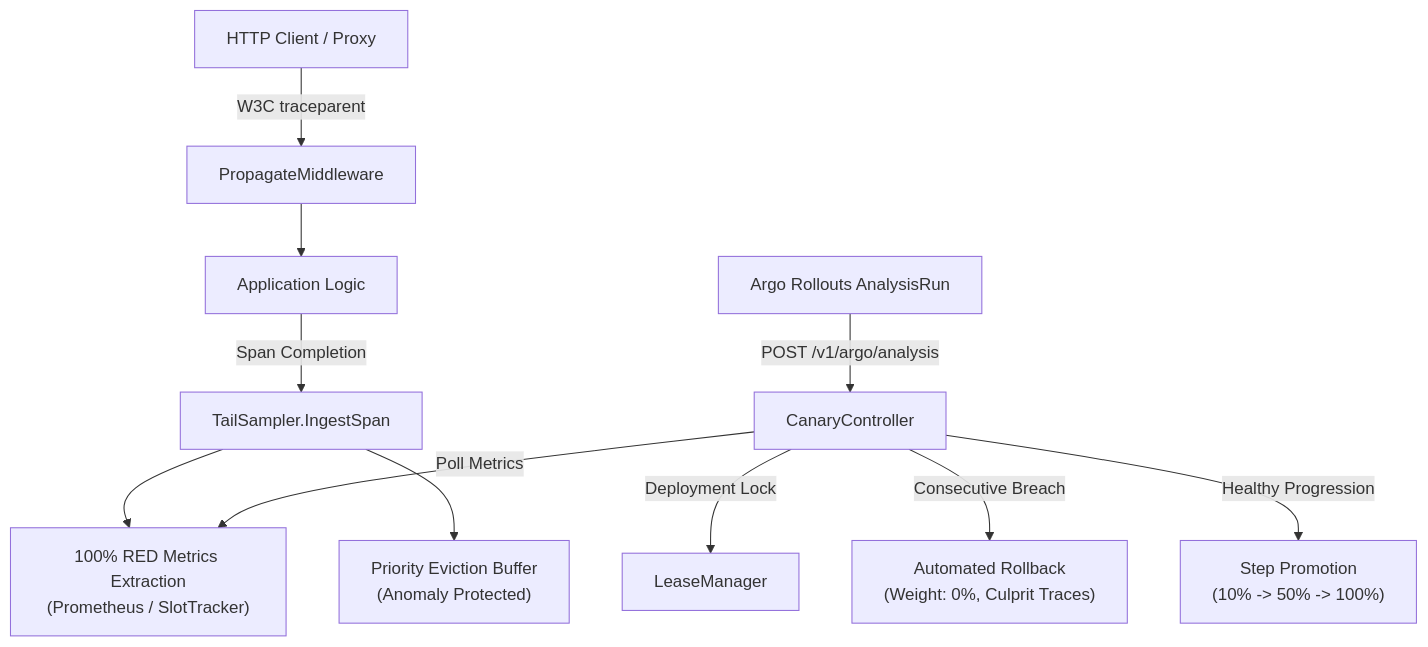
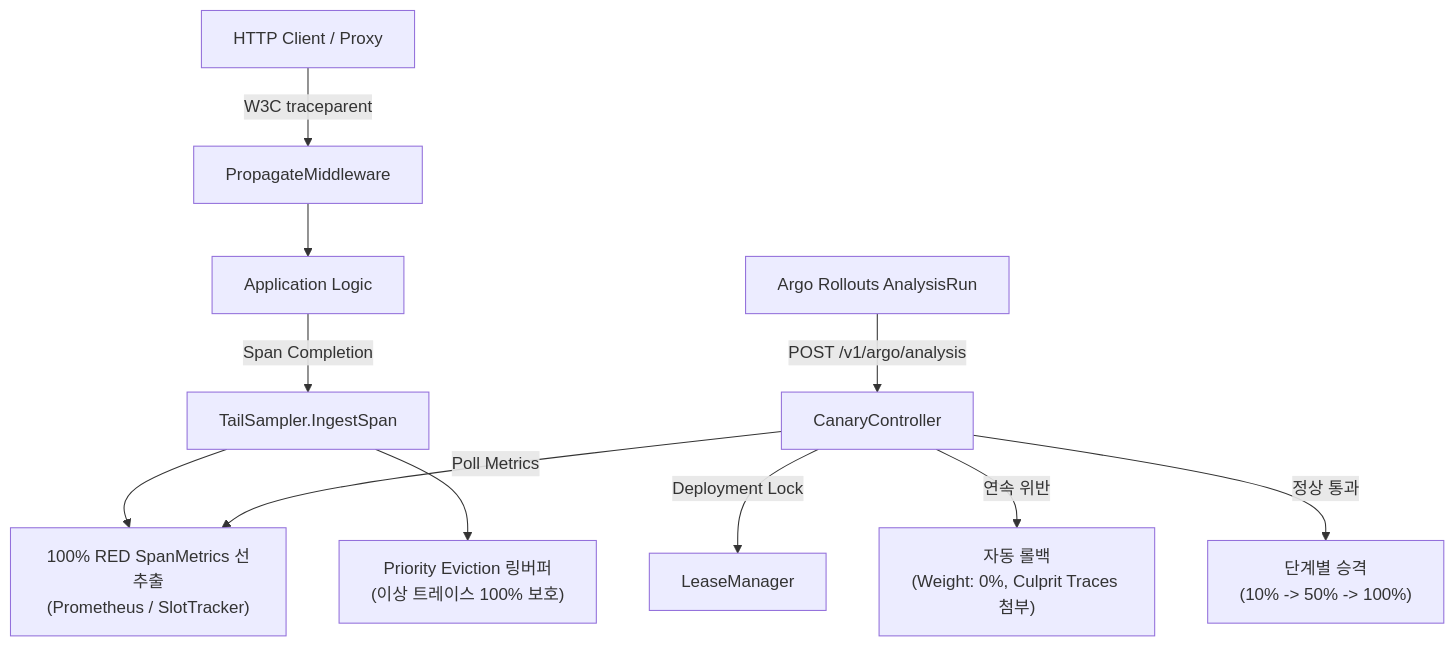
The diagram in services/rolltrace/README.md (seungwoo7050/node-order), drawn with Mermaid before and after one commit. The commit also changed other lines of this file and 3 other files, not shown here.

````diff
--- a/services/rolltrace/README.md
+++ b/services/rolltrace/README.md
@@ -7,16 +15,16 @@
 ```mermaid
 flowchart TD
     Client["HTTP Client / Proxy"] -->|W3C traceparent| Middleware["PropagateMiddleware"]
     Middleware --> App["Application Logic"]
     App -->|Span Completion| Ingest["TailSampler.IngestSpan"]
 
-    Ingest --> RED["100% RED Metrics Extraction\n(Prometheus / SlotTracker)"]
-    Ingest --> PriorityBuffer["Priority Eviction Buffer\n(Anomaly Protected)"]
+    Ingest --> RED["100% RED SpanMetrics 선추출\n(Prometheus / SlotTracker)"]
+    Ingest --> PriorityBuffer["Priority Eviction 링버퍼\n(이상 트레이스 100% 보호)"]
 
     Canary["CanaryController"] -->|Poll Metrics| RED
     Canary -->|Deployment Lock| Lease["LeaseManager"]
     Argo["Argo Rollouts AnalysisRun"] -->|POST /v1/argo/analysis| Canary
 
-    Canary -->|Consecutive Breach| Rollback["Automated Rollback\n(Weight: 0%, Culprit Traces)"]
-    Canary -->|Healthy Progression| Promote["Step Promotion\n(10% -> 50% -> 100%)"]
+    Canary -->|연속 위반| Rollback["자동 롤백\n(Weight: 0%, Culprit Traces 첨부)"]
+    Canary -->|정상 통과| Promote["단계별 승격\n(10% -> 50% -> 100%)"]
 ```
````
